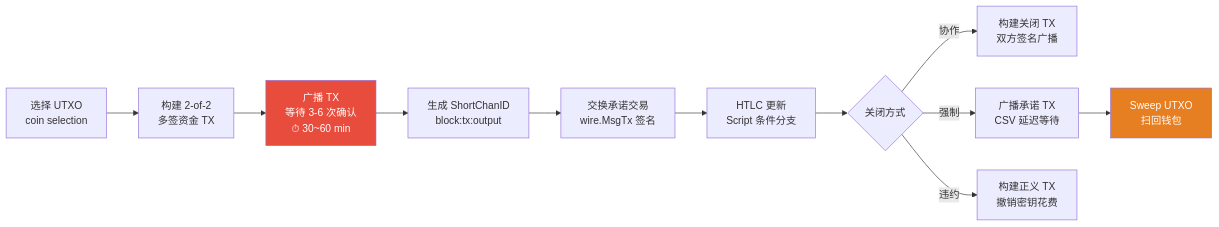
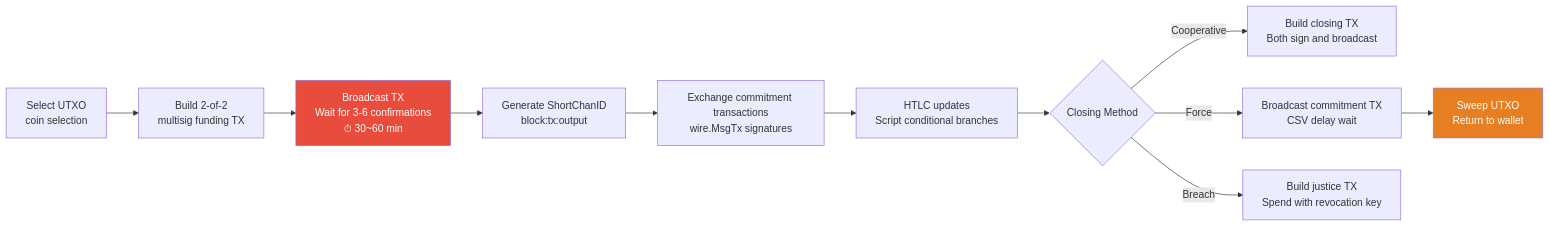
One commit to loka-network/loka-p2p-lnd changed the second of 9 diagrams in 1-refactor-docs/sui/lnd-and-sui-integration.md. Above: the diagram before and after it, drawn with Mermaid. The commit also changed other lines of this file and 12 other files, not shown here.

````diff
--- a/1-refactor-docs/sui/lnd-and-sui-integration.md
+++ b/1-refactor-docs/sui/lnd-and-sui-integration.md
@@ -122,16 +122,16 @@
 ```mermaid
 flowchart LR
-    B1["选择 UTXO<br/>coin selection"] --> B2["构建 2-of-2<br/>多签资金 TX"]
-    B2 --> B3["广播 TX<br/>等待 3-6 次确认<br/>⏱ 30~60 min"]
-    B3 --> B4["生成 ShortChanID<br/>block:tx:output"]
-    B4 --> B5["交换承诺交易<br/>wire.MsgTx 签名"]
-    B5 --> B6["HTLC 更新<br/>Script 条件分支"]
-    B6 --> B7{"关闭方式"}
-    B7 -->|协作| B8["构建关闭 TX<br/>双方签名广播"]
-    B7 -->|强制| B9["广播承诺 TX<br/>CSV 延迟等待"]
-    B9 --> B10["Sweep UTXO<br/>扫回钱包"]
-    B7 -->|违约| B11["构建正义 TX<br/>撤销密钥花费"]
+    B1["Select UTXO<br/>coin selection"] --> B2["Build 2-of-2<br/>multisig funding TX"]
+    B2 --> B3["Broadcast TX<br/>Wait for 3-6 confirmations<br/>⏱ 30~60 min"]
+    B3 --> B4["Generate ShortChanID<br/>block:tx:output"]
+    B4 --> B5["Exchange commitment transactions<br/>wire.MsgTx signatures"]
+    B5 --> B6["HTLC updates<br/>Script conditional branches"]
+    B6 --> B7{"Closing Method"}
+    B7 -->|Cooperative| B8["Build closing TX<br/>Both sign and broadcast"]
+    B7 -->|Force| B9["Broadcast commitment TX<br/>CSV delay wait"]
+    B9 --> B10["Sweep UTXO<br/>Return to wallet"]
+    B7 -->|Breach| B11["Build justice TX<br/>Spend with revocation key"]
 
     style B3 fill:#e74c3c,color:#fff
     style B10 fill:#e67e22,color:#fff
 ```
````
